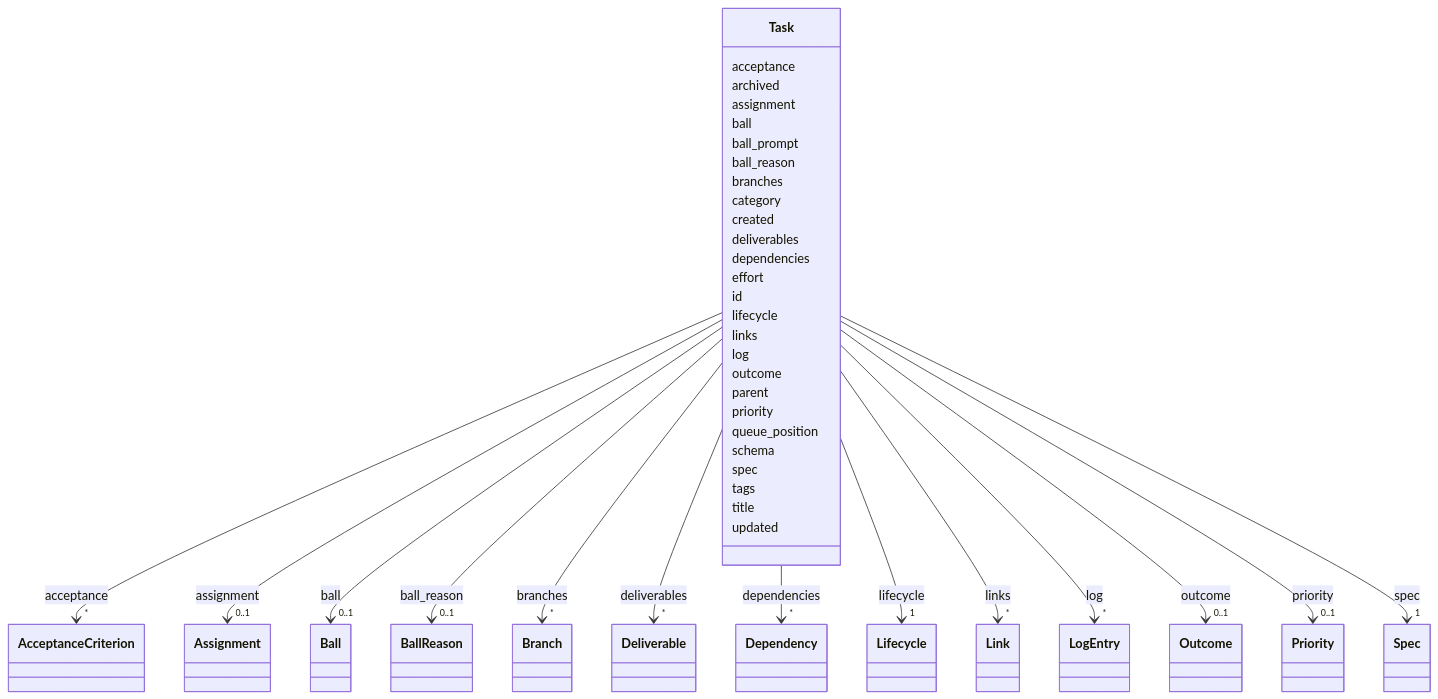
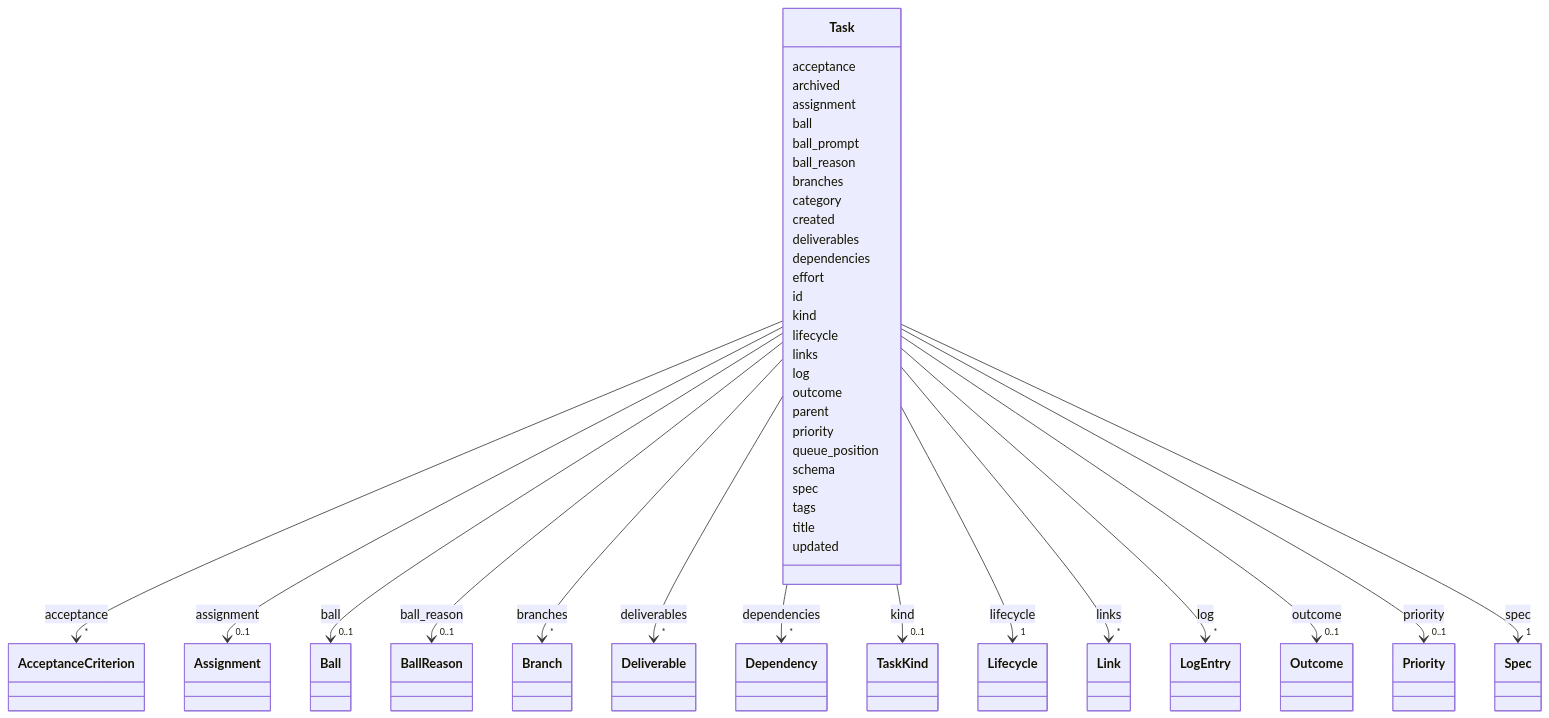
Before and after one commit to jeffposey/agentjobs: the diagram in docs/schema/v2/classes/Task.md, drawn with Mermaid. The commit also changed other lines of this file and 15 other files, not shown here.

First line of the commit message:
feat(schema): a task may say it is a design pass or an implementation (task-592)

```diff
--- a/docs/schema/v2/classes/Task.md
+++ b/docs/schema/v2/classes/Task.md
@@ -113,6 +113,17 @@
         
       Task : id
         
+      Task : kind
+        
+          
+    
+        
+        
+        Task --> "0..1" TaskKind : kind
+        click TaskKind href "../../enums/TaskKind/"
+    
+
+        
       Task : lifecycle
         
           
```
